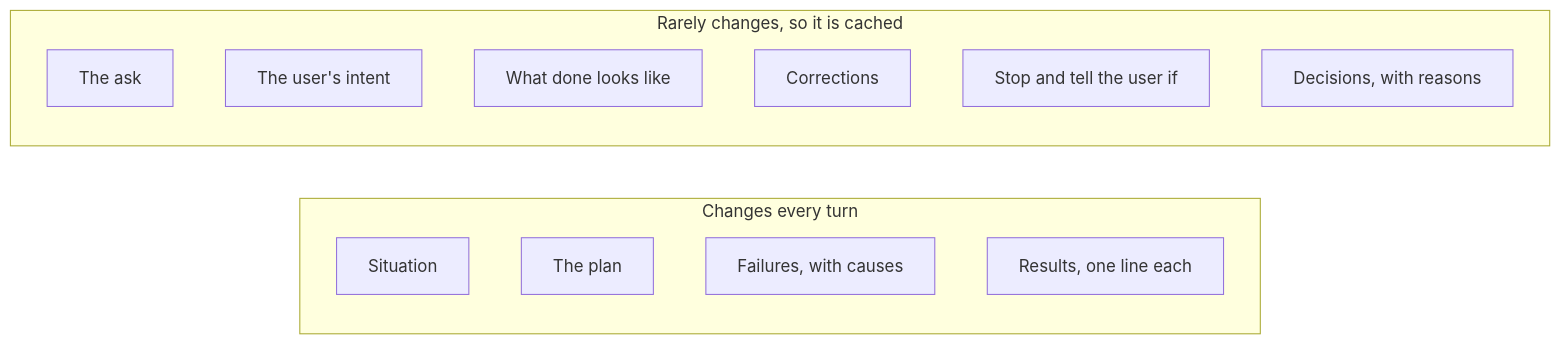
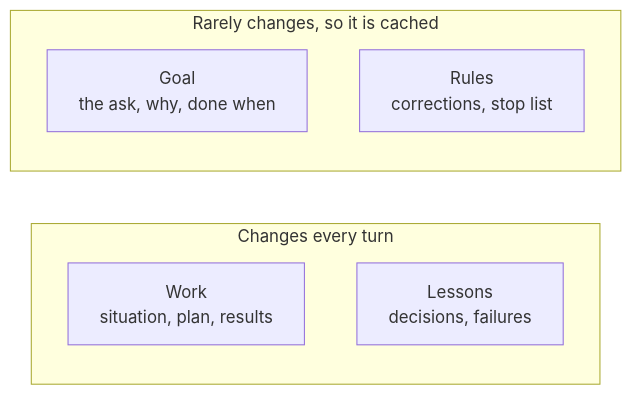
One commit to JaredTate/nerdgenie changed the third of 8 diagrams in COEUS.md. Above: the diagram before and after it, drawn with Mermaid. The commit also changed other lines of this file and 8 other files, not shown here.

````diff
--- a/COEUS.md
+++ b/COEUS.md
@@ -145,19 +121,13 @@
 ```mermaid
 flowchart LR
-  subgraph Live["Changes every turn"]
+  subgraph Later["Changes every turn"]
     direction TB
-    S["Situation"]
-    P["The plan"]
-    F["Failures, with causes"]
-    R["Results, one line each"]
+    W["Work<br/>situation, plan, results"]
+    L["Lessons<br/>decisions, failures"]
   end
-  subgraph Stable["Rarely changes, so it is cached"]
+  subgraph First["Rarely changes, so it is cached"]
     direction TB
-    A["The ask"]
-    I["The user's intent"]
-    D["What done looks like"]
-    C["Corrections"]
-    X["Stop and tell the user if"]
-    E["Decisions, with reasons"]
+    G["Goal<br/>the ask, why, done when"]
+    R["Rules<br/>corrections, stop list"]
   end
 ```
````
